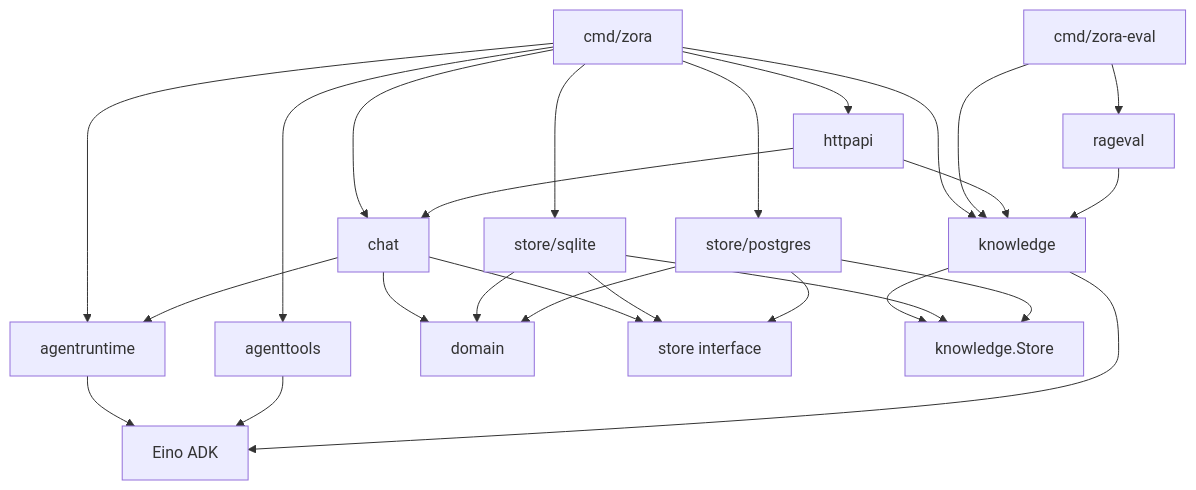
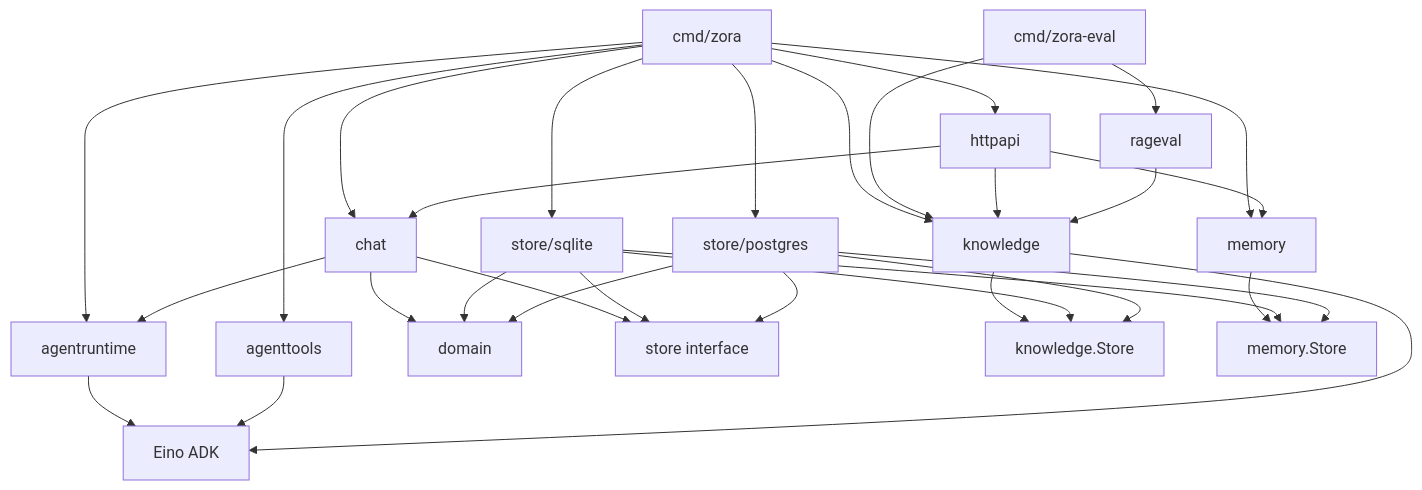
Before and after one commit to zora-DD/zora: the first of 7 diagrams in docs/technical-design.md, drawn with Mermaid. The commit also changed other lines of this file and 22 other files, not shown here.

````diff
--- a/docs/technical-design.md
+++ b/docs/technical-design.md
@@ -49,28 +50,33 @@
 ```mermaid
 flowchart TD
     Main["cmd/zora"] --> HTTP["httpapi"]
     Main --> Chat["chat"]
     Main --> Runtime["agentruntime"]
     Main --> SQLite["store/sqlite"]
     Main --> Postgres["store/postgres"]
     Main --> Tools["agenttools"]
     Main --> Knowledge["knowledge"]
+    Main --> Memory["memory"]
     Eval["cmd/zora-eval"] --> RAGEval["rageval"]
     Eval --> Knowledge
     HTTP --> Chat
     HTTP --> Knowledge
+    HTTP --> Memory
     Chat --> Domain["domain"]
     Chat --> Store["store interface"]
     Chat --> Runtime
     Runtime --> Eino["Eino ADK"]
     Tools --> Eino
     Knowledge --> Eino
     Knowledge --> KStore["knowledge.Store"]
+    Memory --> MStore["memory.Store"]
     RAGEval --> Knowledge
     SQLite --> Store
     SQLite --> KStore
+    SQLite --> MStore
     SQLite --> Domain
     Postgres --> Store
     Postgres --> KStore
+    Postgres --> MStore
     Postgres --> Domain
 ```
````
